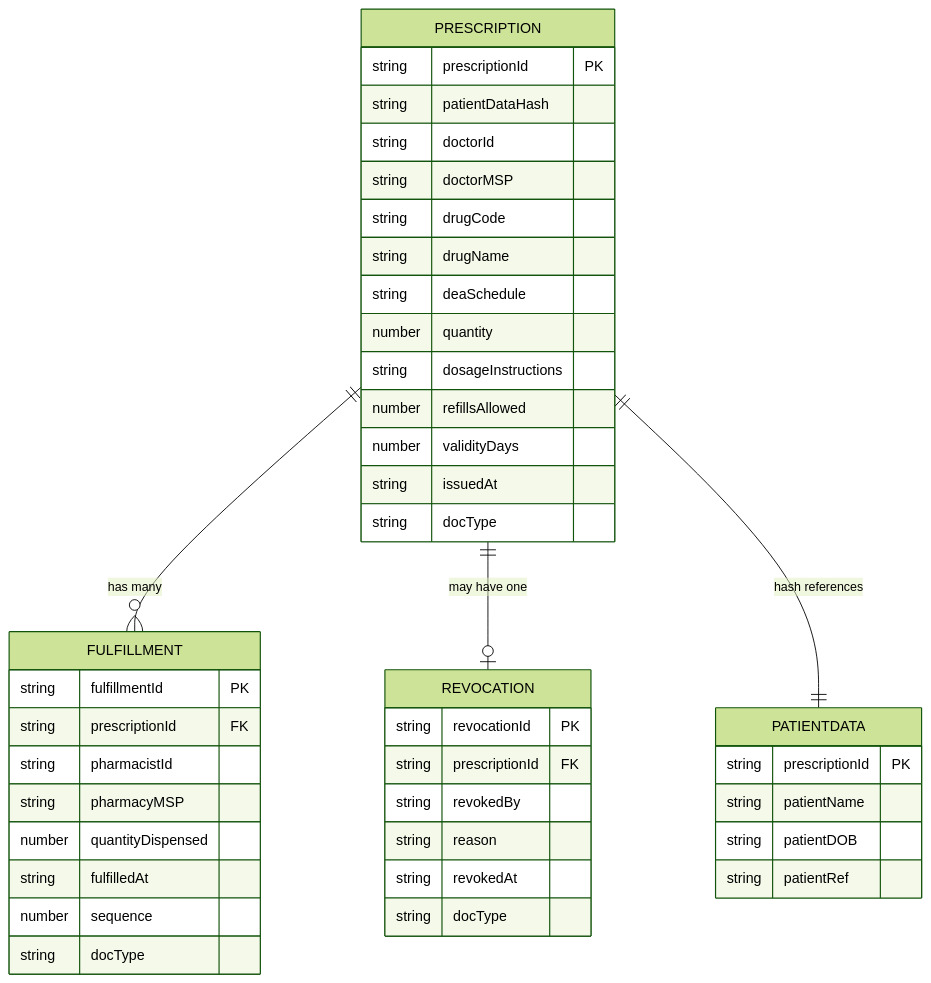
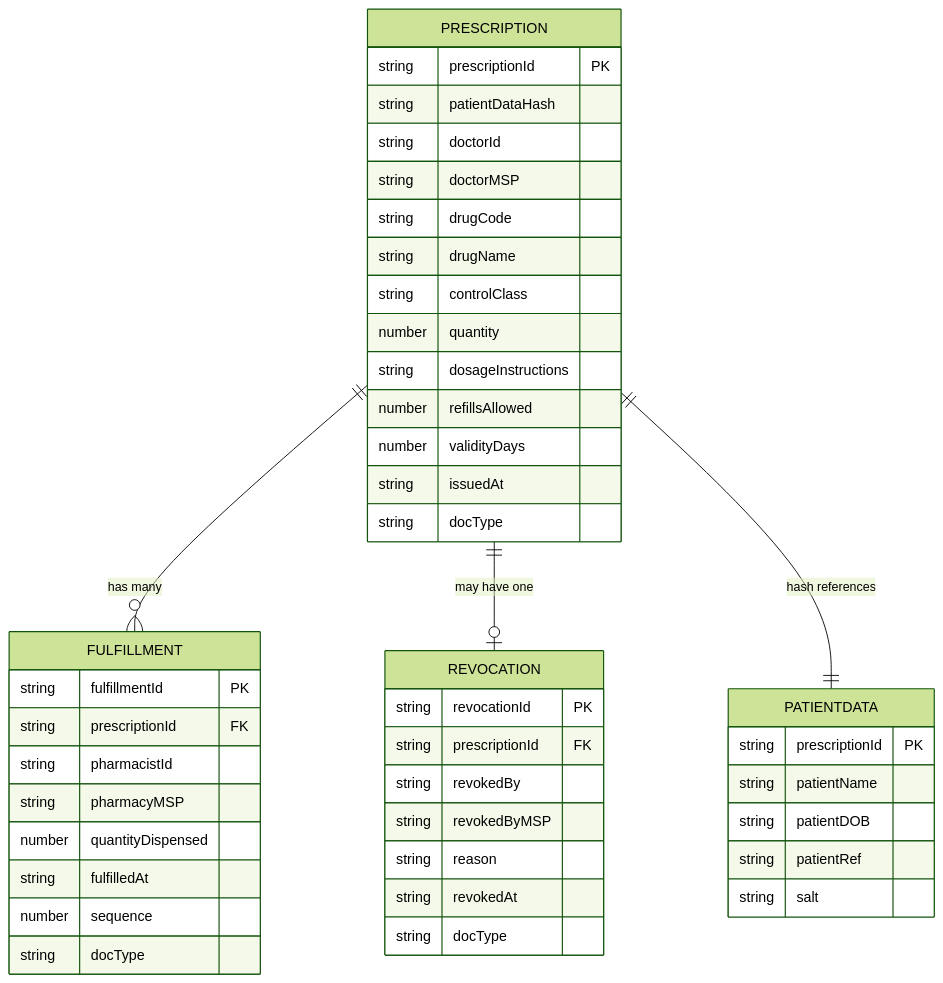
One commit to nithinvin/medledger changed the fourth of 11 diagrams in docs/design.md. Above: the diagram before and after it, drawn with Mermaid (forest theme). The commit also changed other lines of this file and 7 other files, not shown here.

````diff
--- a/docs/design.md
+++ b/docs/design.md
@@ -200,49 +226,51 @@
 ```mermaid
 erDiagram
     PRESCRIPTION ||--o{ FULFILLMENT : "has many"
     PRESCRIPTION ||--o| REVOCATION : "may have one"
     PRESCRIPTION ||--|| PATIENTDATA : "hash references"
 
     PRESCRIPTION {
         string prescriptionId PK
         string patientDataHash
         string doctorId
         string doctorMSP
         string drugCode
         string drugName
-        string deaSchedule
+        string controlClass
         number quantity
         string dosageInstructions
         number refillsAllowed
         number validityDays
         string issuedAt
         string docType
     }
 
     FULFILLMENT {
         string fulfillmentId PK
         string prescriptionId FK
         string pharmacistId
         string pharmacyMSP
         number quantityDispensed
         string fulfilledAt
         number sequence
         string docType
     }
 
     REVOCATION {
         string revocationId PK
         string prescriptionId FK
         string revokedBy
+        string revokedByMSP
         string reason
         string revokedAt
         string docType
     }
 
     PATIENTDATA {
         string prescriptionId PK
         string patientName
         string patientDOB
         string patientRef
+        string salt
     }
 ```
````
